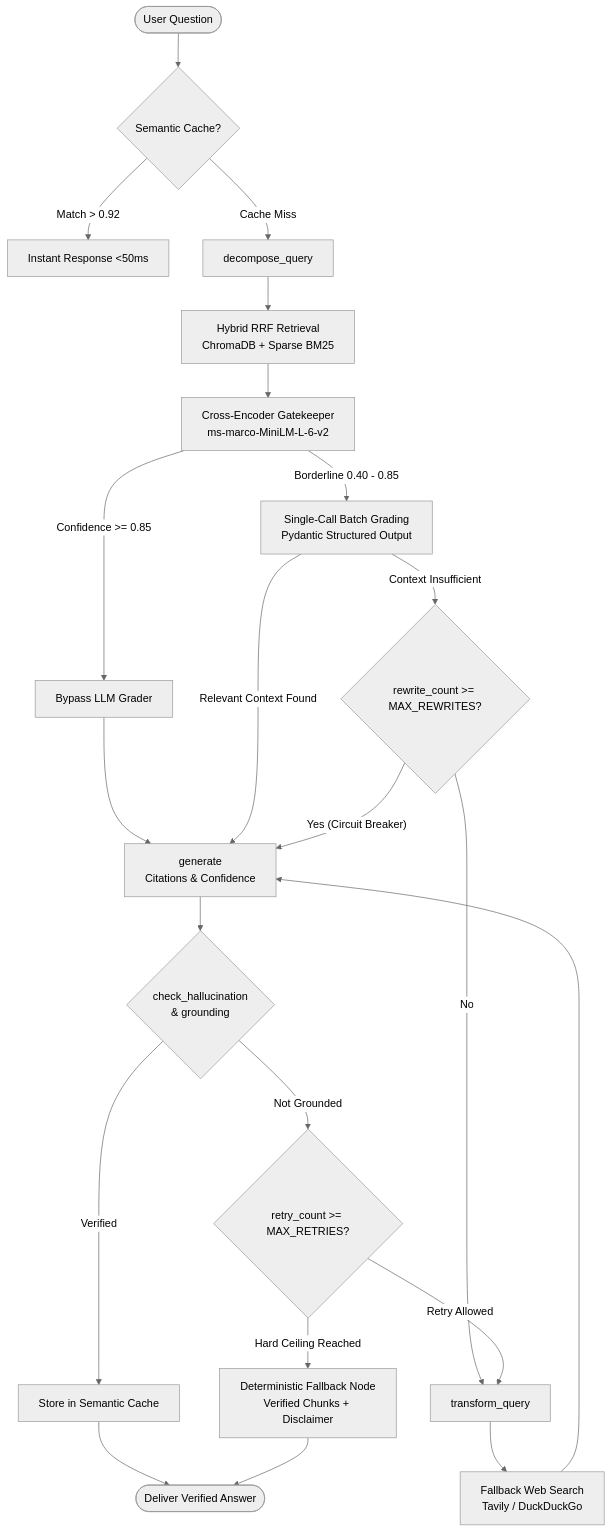
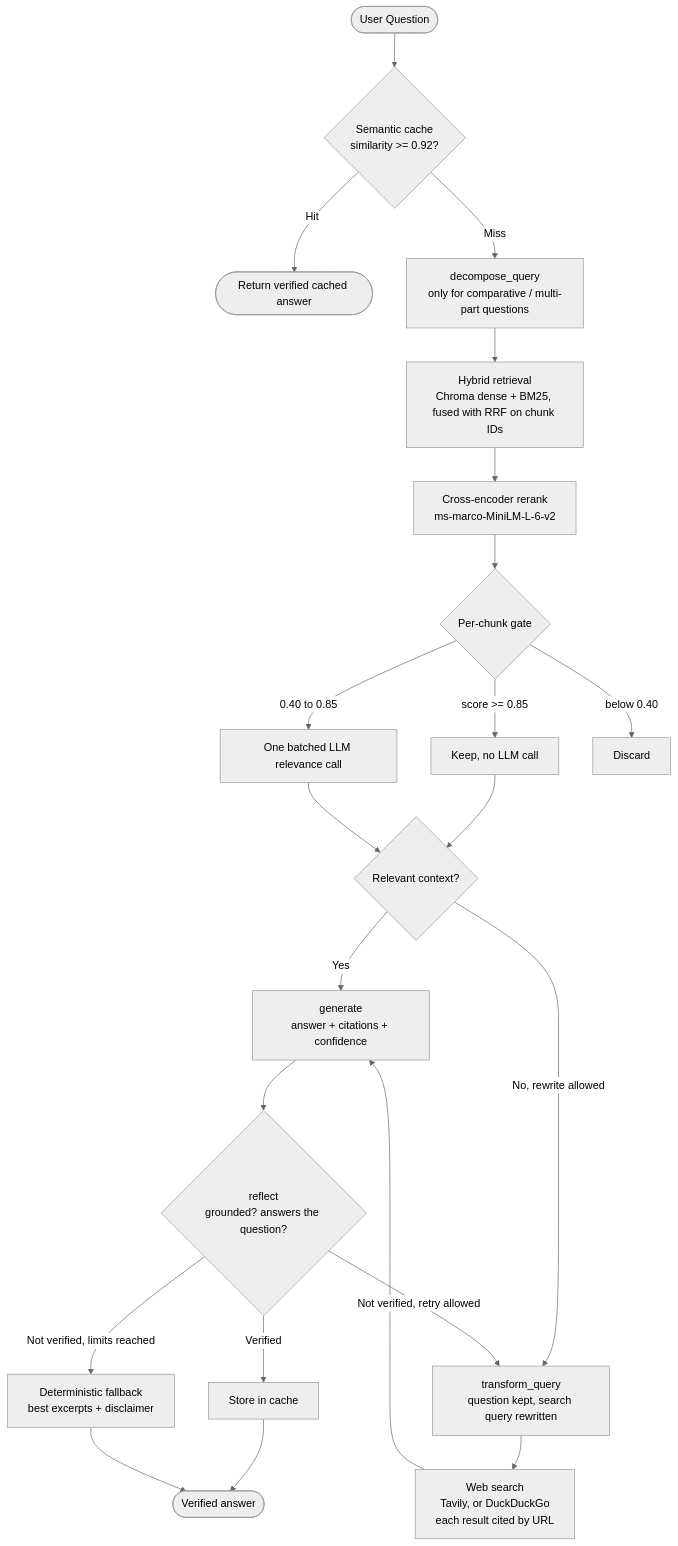
The diagram in README.md (Nitro-Builds-Yash/halo), drawn with Mermaid (neutral theme) before and after one commit. The commit also changed other lines of this file and 45 other files, not shown here.

````diff
--- a/README.md
+++ b/README.md
@@ -23,27 +22,25 @@
 ```mermaid
 flowchart TD
-    Start([User Question]) --> CacheCheck{Semantic Cache?}
-    CacheCheck -- Match > 0.92 --> ReturnCached[Instant Response <50ms]
-    CacheCheck -- Cache Miss --> Decompose[decompose_query]
-    
-    Decompose --> Retrieve[Hybrid RRF Retrieval<br/>ChromaDB + Sparse BM25]
-    Retrieve --> CrossEncoder[Cross-Encoder Gatekeeper<br/>ms-marco-MiniLM-L-6-v2]
-    
-    CrossEncoder -- Confidence >= 0.85 --> FastTrack[Bypass LLM Grader]
-    CrossEncoder -- Borderline 0.40 - 0.85 --> BatchGrade[Single-Call Batch Grading<br/>Pydantic Structured Output]
-    
-    FastTrack --> Generate[generate<br/>Citations & Confidence]
-    BatchGrade -- Relevant Context Found --> Generate
-    BatchGrade -- Context Insufficient --> CheckRewrite{rewrite_count >= MAX_REWRITES?}
-    
-    CheckRewrite -- Yes (Circuit Breaker) --> Generate
-    CheckRewrite -- No --> TransformQuery[transform_query]
-    TransformQuery --> WebSearch[Fallback Web Search<br/>Tavily / DuckDuckGo]
+    Start([User Question]) --> CacheCheck{Semantic cache<br/>similarity >= 0.92?}
+    CacheCheck -- Hit --> ReturnCached([Return verified cached answer])
+    CacheCheck -- Miss --> Decompose[decompose_query<br/>only for comparative / multi-part questions]
+
+    Decompose --> Retrieve[Hybrid retrieval<br/>Chroma dense + BM25, fused with RRF on chunk IDs]
+    Retrieve --> Rerank[Cross-encoder rerank<br/>ms-marco-MiniLM-L-6-v2]
+    Rerank --> Gate{Per-chunk gate}
+    Gate -- score >= 0.85 --> Keep[Keep, no LLM call]
+    Gate -- 0.40 to 0.85 --> BatchGrade[One batched LLM relevance call]
+    Gate -- below 0.40 --> Drop[Discard]
+
+    Keep --> Enough{Relevant context?}
+    BatchGrade --> Enough
+    Enough -- Yes --> Generate[generate<br/>answer + citations + confidence]
+    Enough -- No, rewrite allowed --> Transform[transform_query<br/>question kept, search query rewritten]
+    Transform --> WebSearch[Web search<br/>Tavily, or DuckDuckGo<br/>each result cited by URL]
     WebSearch --> Generate
-    
-    Generate --> Reflect{check_hallucination<br/>& grounding}
-    Reflect -- Verified --> CacheStore[Store in Semantic Cache] --> End([Deliver Verified Answer])
-    Reflect -- Not Grounded --> CheckRetries{retry_count >= MAX_RETRIES?}
-    CheckRetries -- Retry Allowed --> TransformQuery
-    CheckRetries -- Hard Ceiling Reached --> GracefulFallback[Deterministic Fallback Node<br/>Verified Chunks + Disclaimer] --> End
+
+    Generate --> Reflect{reflect<br/>grounded? answers the question?}
+    Reflect -- Verified --> CacheStore[Store in cache] --> End([Verified answer])
+    Reflect -- Not verified, retry allowed --> Transform
+    Reflect -- Not verified, limits reached --> Fallback[Deterministic fallback<br/>best excerpts + disclaimer] --> End
 ```
````
